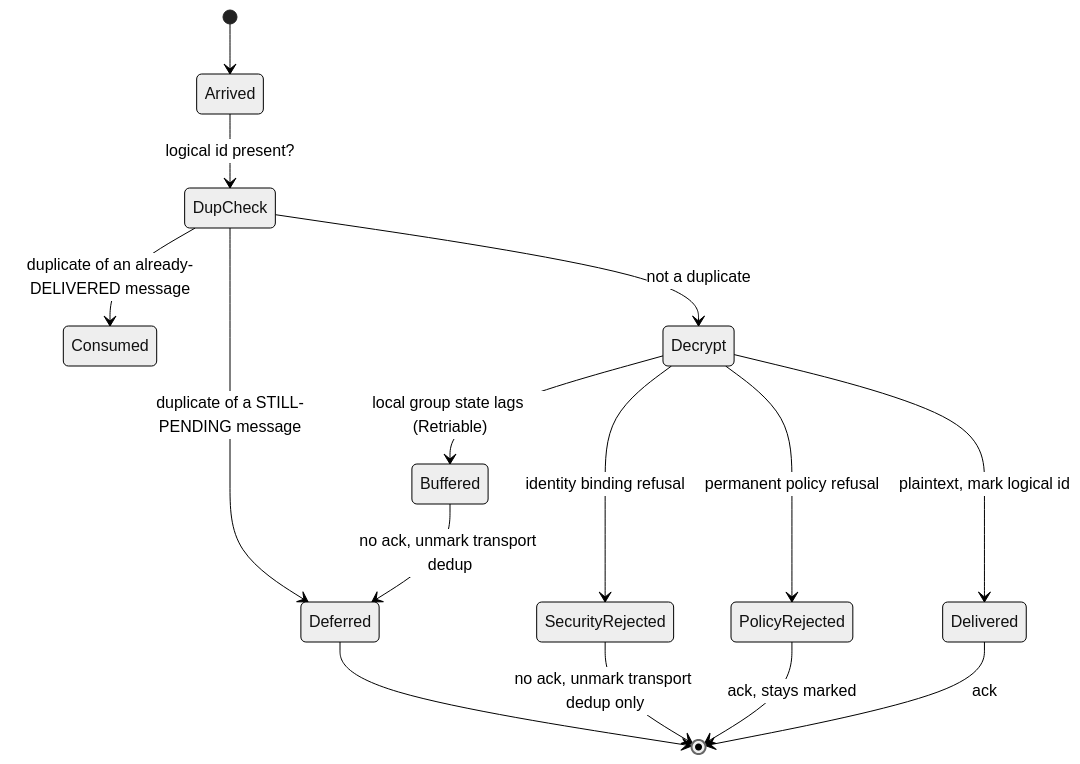
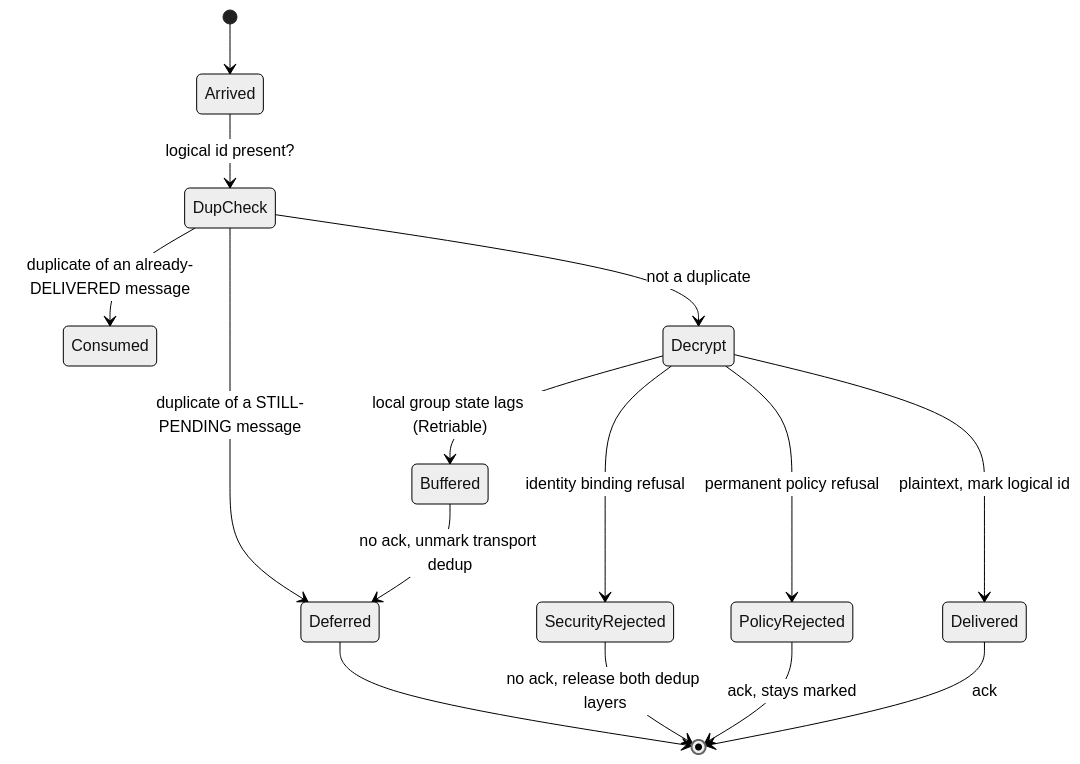
The second of 4 diagrams in docs/state-machines/group-message-lifecycle.md (Offline-Protocol/offline-protocol-sdk), drawn with Mermaid (neutral theme) before and after one commit. The commit also changed other lines of this file and 4 other files, not shown here.

````diff
--- a/docs/state-machines/group-message-lifecycle.md
+++ b/docs/state-machines/group-message-lifecycle.md
@@ -73,19 +75,19 @@
 ```mermaid
 stateDiagram-v2
     [*] --> Arrived
     Arrived --> DupCheck: logical id present?
     DupCheck --> Deferred: duplicate of a STILL-PENDING message
     DupCheck --> Consumed: duplicate of an already-DELIVERED message
     DupCheck --> Decrypt: not a duplicate
 
     Decrypt --> Delivered: plaintext, mark logical id
     Decrypt --> Buffered: local group state lags (Retriable)
     Decrypt --> SecurityRejected: identity binding refusal
     Decrypt --> PolicyRejected: permanent policy refusal
 
     Buffered --> Deferred: no ack, unmark transport dedup
     Deferred --> [*]
-    SecurityRejected --> [*]: no ack, unmark transport dedup only
+    SecurityRejected --> [*]: no ack, release both dedup layers
     PolicyRejected --> [*]: ack, stays marked
     Delivered --> [*]: ack
 ```
````
